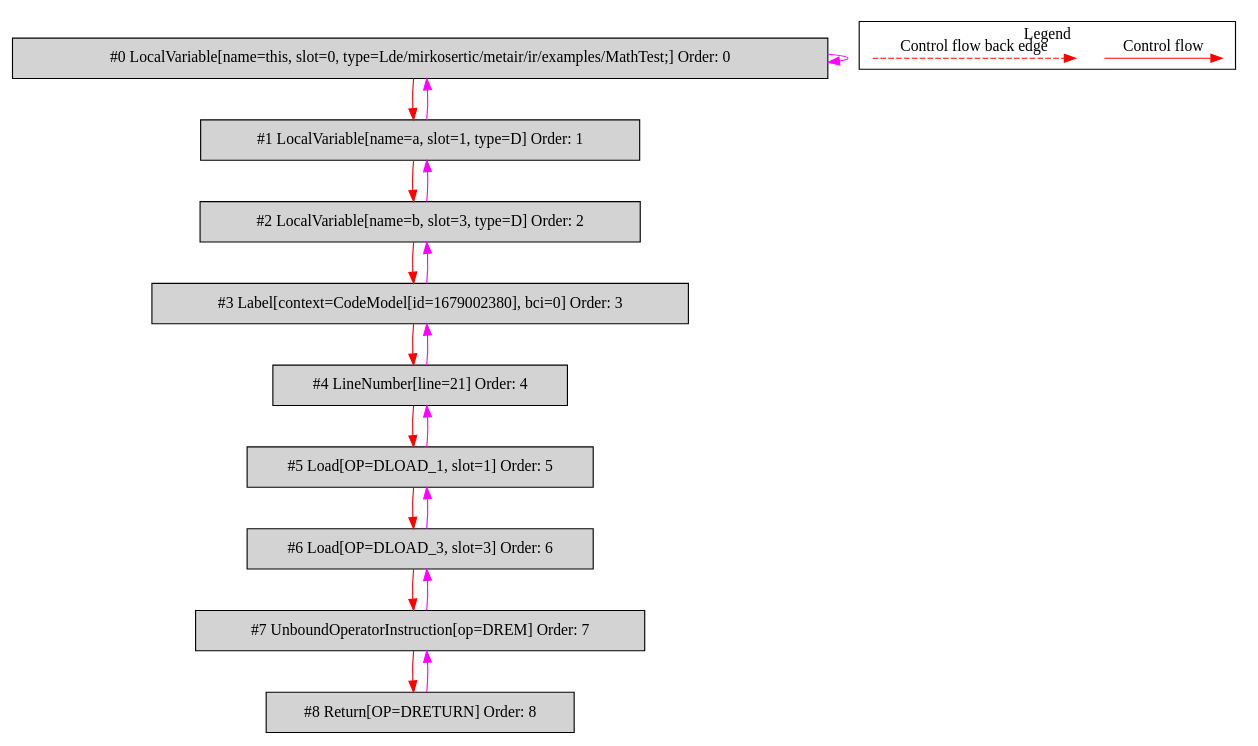
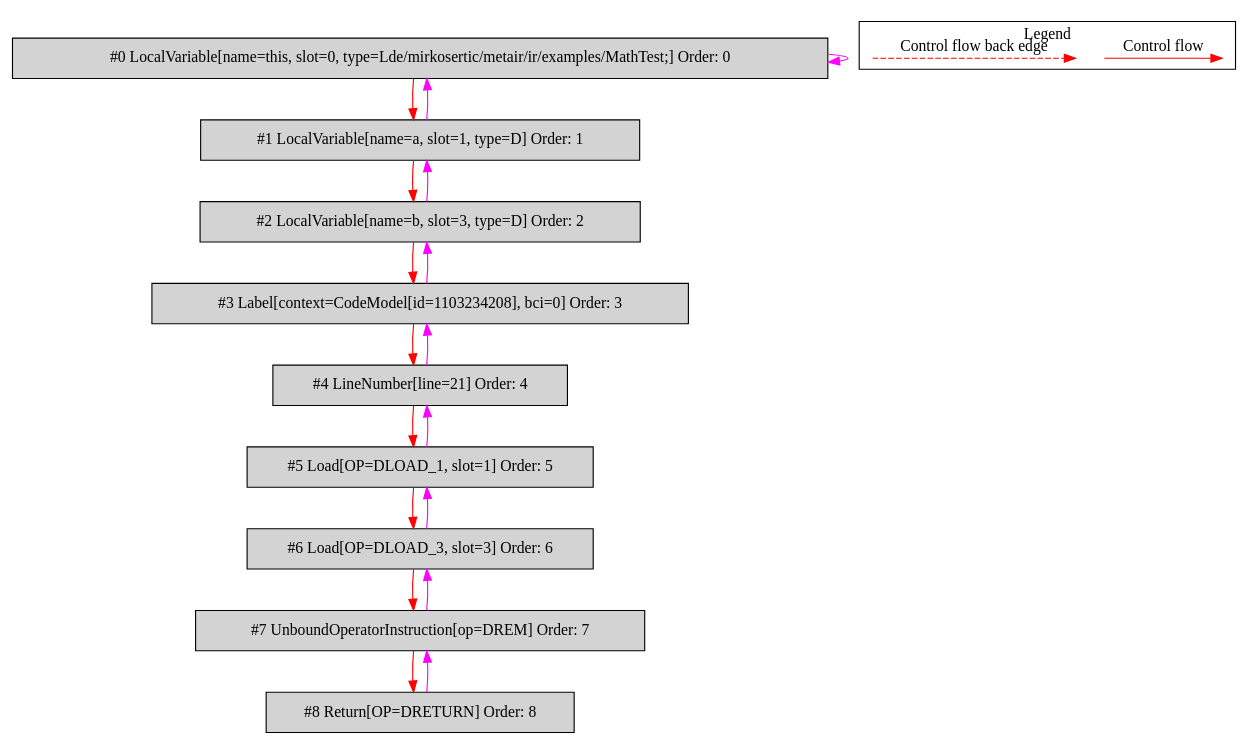
The diagram in de.mirkosertic.metair.ir.examples.MathTest/drem/bytecodecfg.dot (mirkosertic/MetaIR), drawn with Graphviz before and after one commit. The commit also changed 1281 other files, not shown here.

```diff
--- a/de.mirkosertic.metair.ir.examples.MathTest/drem/bytecodecfg.dot
+++ b/de.mirkosertic.metair.ir.examples.MathTest/drem/bytecodecfg.dot
@@ -1,43 +1,43 @@
 digraph {
  ordering="in";
  node0[label="#0 LocalVariable[name=this, slot=0, type=Lde/mirkosertic/metair/ir/examples/MathTest;] Order: 0", shape=box, fillcolor=lightgrey, style=filled];
  node1[label="#1 LocalVariable[name=a, slot=1, type=D] Order: 1", shape=box, fillcolor=lightgrey, style=filled];
  node2[label="#2 LocalVariable[name=b, slot=3, type=D] Order: 2", shape=box, fillcolor=lightgrey, style=filled];
- node3[label="#3 Label[context=CodeModel[id=1679002380], bci=0] Order: 3", shape=box, fillcolor=lightgrey, style=filled];
+ node3[label="#3 Label[context=CodeModel[id=1103234208], bci=0] Order: 3", shape=box, fillcolor=lightgrey, style=filled];
  node4[label="#4 LineNumber[line=21] Order: 4", shape=box, fillcolor=lightgrey, style=filled];
  node5[label="#5 Load[OP=DLOAD_1, slot=1] Order: 5", shape=box, fillcolor=lightgrey, style=filled];
  node6[label="#6 Load[OP=DLOAD_3, slot=3] Order: 6", shape=box, fillcolor=lightgrey, style=filled];
  node7[label="#7 UnboundOperatorInstruction[op=DREM] Order: 7", shape=box, fillcolor=lightgrey, style=filled];
  node8[label="#8 Return[OP=DRETURN] Order: 8", shape=box, fillcolor=lightgrey, style=filled];
  node0 -> node0[color=fuchsia];
  node0 -> node1[color=red];
  node1 -> node0[color=fuchsia];
  node1 -> node2[color=red];
  node2 -> node1[color=fuchsia];
  node2 -> node3[color=red];
  node3 -> node2[color=fuchsia];
  node3 -> node4[color=red];
  node4 -> node3[color=fuchsia];
  node4 -> node5[color=red];
  node5 -> node4[color=fuchsia];
  node5 -> node6[color=red];
  node6 -> node5[color=fuchsia];
  node6 -> node7[color=red];
  node7 -> node6[color=fuchsia];
  node7 -> node8[color=red];
  node8 -> node7[color=fuchsia];
  subgraph cluster_000 {
   label = "Legend";
   node [shape=point]
   {
    rank=same;
    c0 [style = invis];
    c1 [style = invis];
    c2 [style = invis];
    c3 [style = invis];
   }
   c0 -> c1 [label="Control flow", style=solid, color=red]
   c2 -> c3 [label="Control flow back edge", style=dashed, color=red]
  }
 
 }
```
